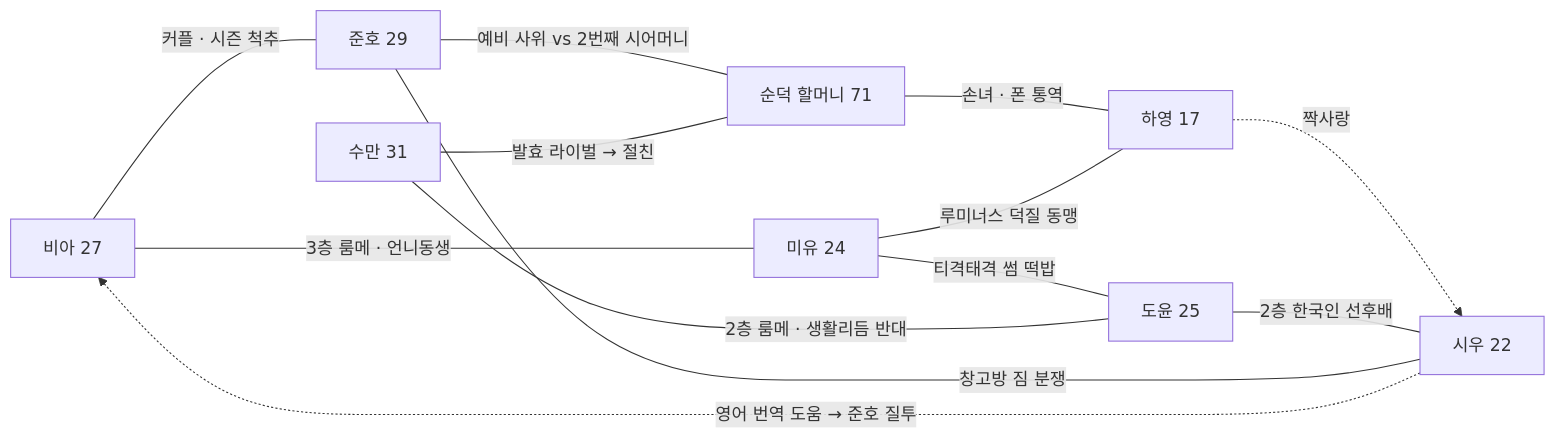
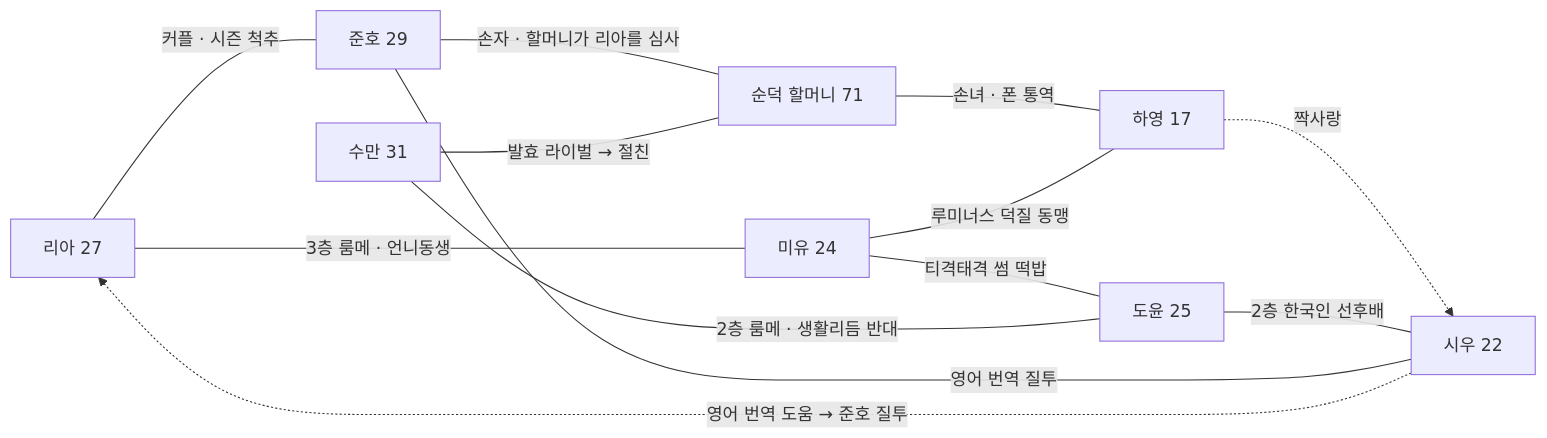
Before and after one commit to soyee-1469/tomatok-sns: the diagram in 00_MASTER_ASSETS/WORLD_PLANNING/CAST_BIBLE_v01.md, drawn with Mermaid. The commit also changed other lines of this file and 486 other files, not shown here.

````diff
--- a/00_MASTER_ASSETS/WORLD_PLANNING/CAST_BIBLE_v01.md
+++ b/00_MASTER_ASSETS/WORLD_PLANNING/CAST_BIBLE_v01.md
@@ -48,23 +48,23 @@
 ```mermaid
 graph LR
-  BEA[비아 27]
+  RIA[리아 27]
   JUN[준호 29]
   BOK[순덕 할머니 71]
   MIYU[미유 24]
   SUM[수만 31]
   DOY[도윤 25]
   HAY[하영 17]
   SIU[시우 22]
-  BEA ---|커플 · 시즌 척추| JUN
-  JUN ---|예비 사위 vs 2번째 시어머니| BOK
+  RIA ---|커플 · 시즌 척추| JUN
+  JUN ---|손자 · 할머니가 리아를 심사| BOK
   MIYU ---|티격태격 썸 떡밥| DOY
   SUM ---|2층 룸메 · 생활리듬 반대| DOY
   SUM ---|발효 라이벌 → 절친| BOK
-  BEA ---|3층 룸메 · 언니동생| MIYU
+  RIA ---|3층 룸메 · 언니동생| MIYU
   BOK ---|손녀 · 폰 통역| HAY
   HAY -.->|짝사랑| SIU
-  SIU ---|창고방 짐 분쟁| JUN
-  SIU -.->|영어 번역 도움 → 준호 질투| BEA
+  SIU ---|영어 번역 질투| JUN
+  SIU -.->|영어 번역 도움 → 준호 질투| RIA
   MIYU ---|루미너스 덕질 동맹| HAY
   DOY ---|2층 한국인 선후배| SIU
 ```
````
